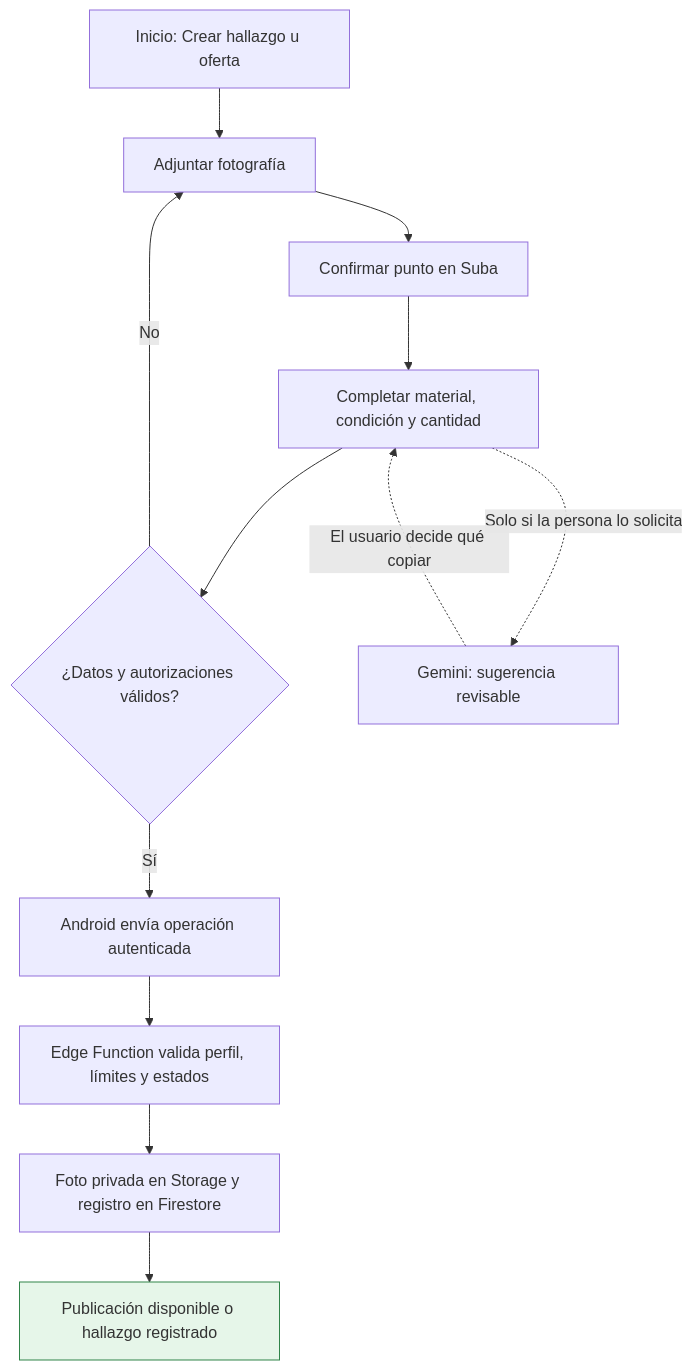
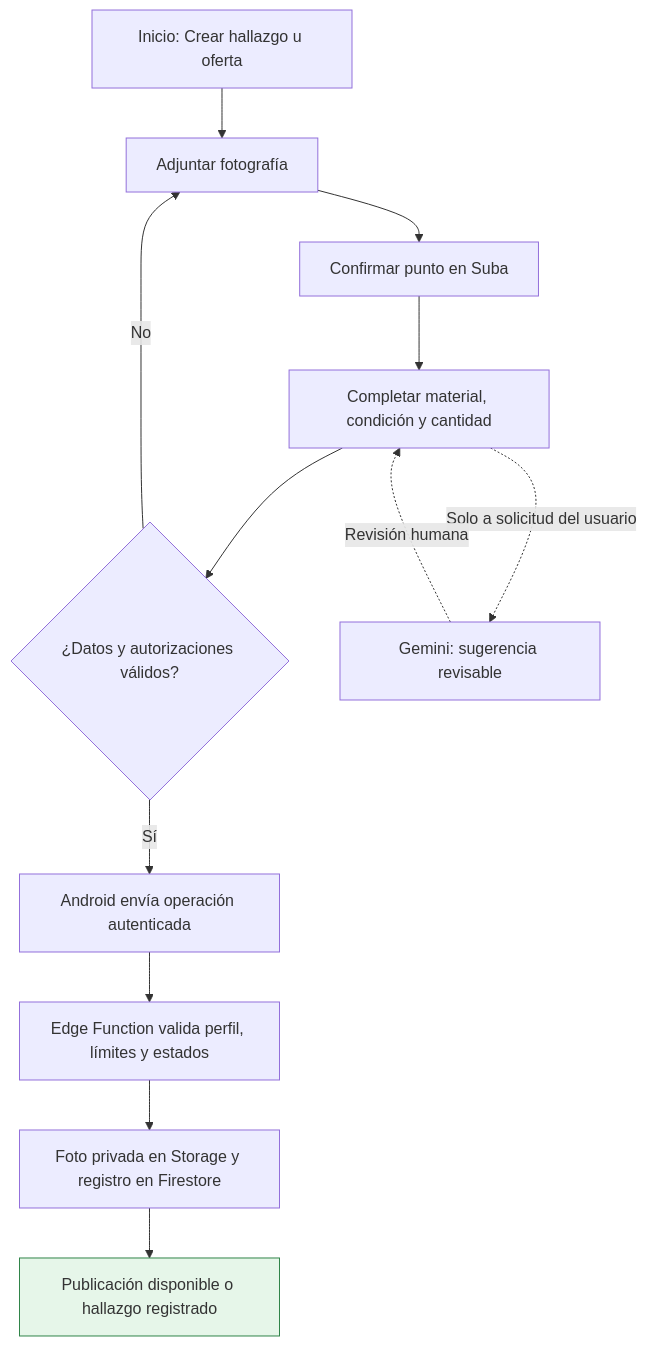
One commit to HOLA-GG/WoodMatch changed the third of 5 diagrams in docs/wiki/Desarrollo-Tecnico-Woodmacth.md. Above: the diagram before and after it, drawn with Mermaid. The commit also changed other lines of this file, not shown here.

Commit message:
docs(wiki): ajustar sintaxis Mermaid y conservar pasos de despliegue en documento unificado

````diff
--- a/docs/wiki/Desarrollo-Tecnico-Woodmacth.md
+++ b/docs/wiki/Desarrollo-Tecnico-Woodmacth.md
@@ -172,16 +172,16 @@
 ```mermaid
 flowchart TD
     A["Inicio: Crear hallazgo u oferta"] --> B["Adjuntar fotografía"]
     B --> C["Confirmar punto en Suba"]
     C --> D["Completar material, condición y cantidad"]
     D --> E{"¿Datos y autorizaciones válidos?"}
     E -- "No" --> B
     E -- "Sí" --> F["Android envía operación autenticada"]
     F --> G["Edge Function valida perfil, límites y estados"]
     G --> H["Foto privada en Storage y registro en Firestore"]
     H --> I["Publicación disponible o hallazgo registrado"]
-    D -. "Solo si la persona lo solicita" .-> J["Gemini: sugerencia revisable"]
-    J -. "El usuario decide qué copiar" .-> D
+    D -.->|Solo a solicitud del usuario| J["Gemini: sugerencia revisable"]
+    J -.->|Revisión humana| D
     classDef ok fill:#E6F6E9,stroke:#308449
     class I ok
 ```
````
